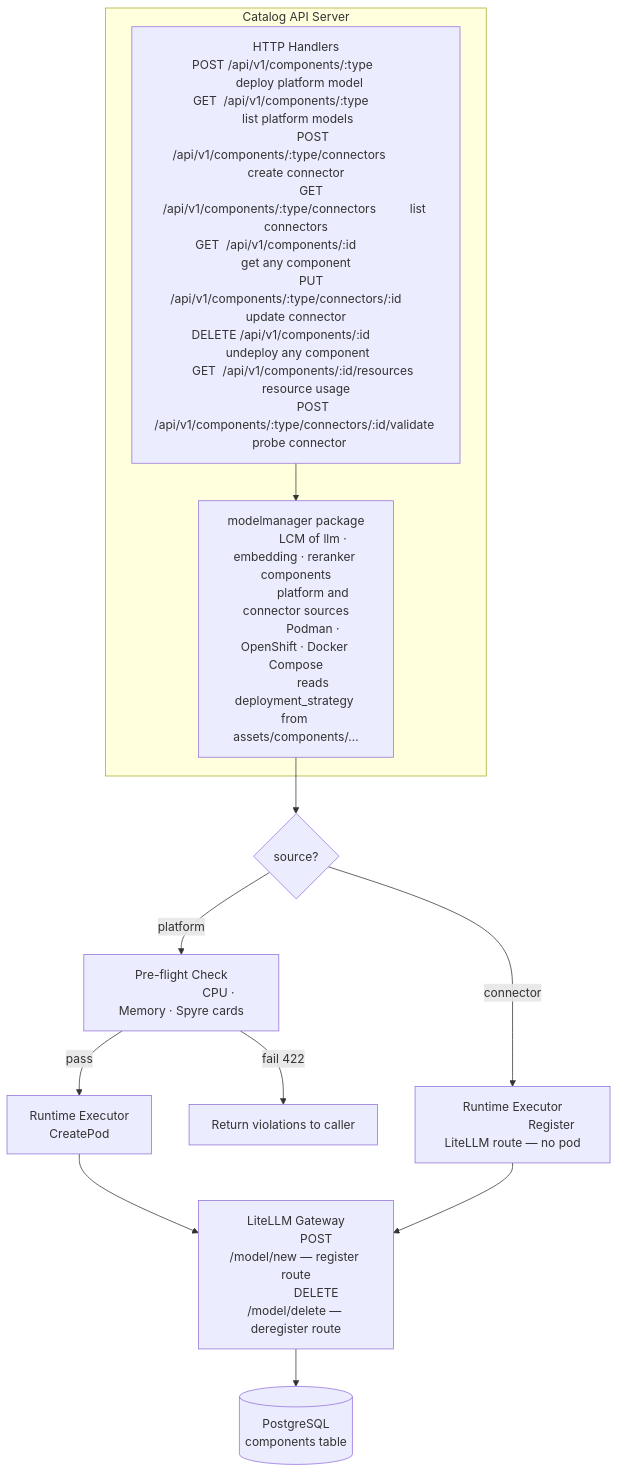
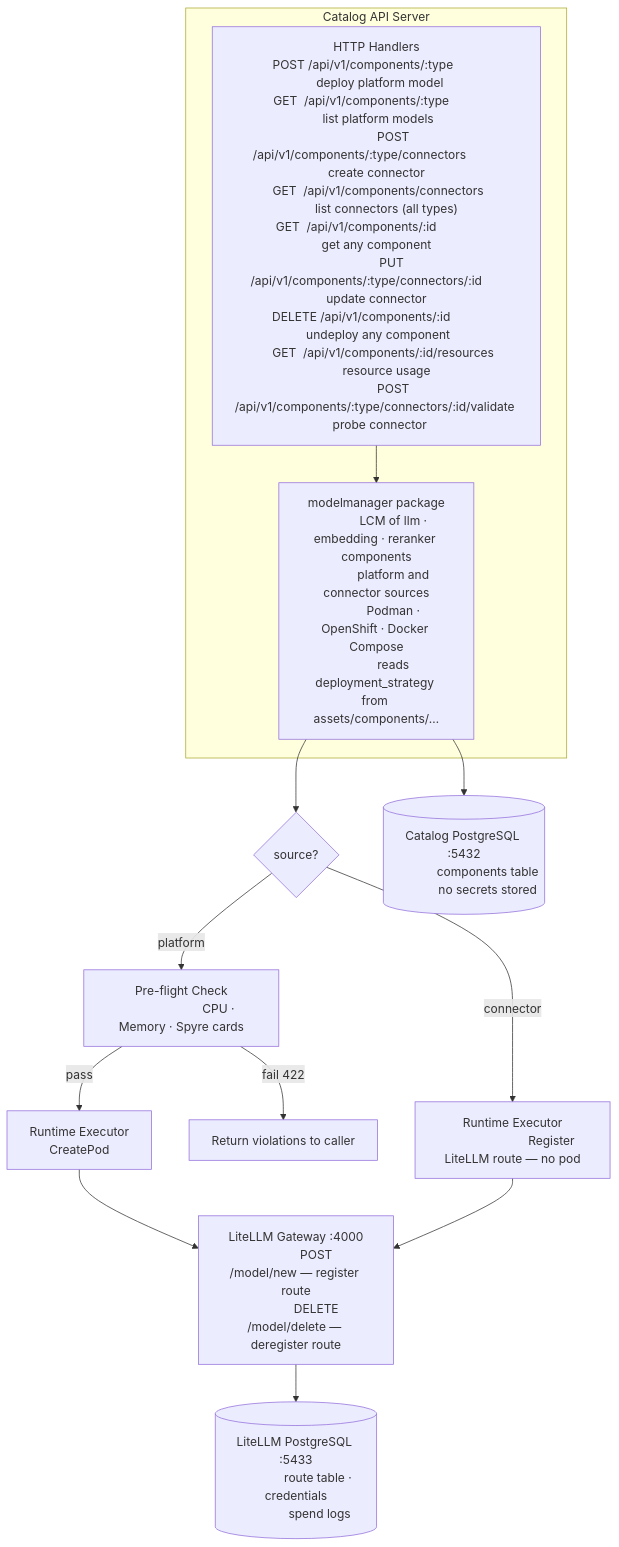
One commit to IBM/project-ai-services changed the first of 3 diagrams in docs/proposals/catalog/model-management-proposal.md. Above: the diagram before and after it, drawn with Mermaid. The commit also changed other lines of this file, not shown here.

Commit message:
LiteLLM DB integration

````diff
--- a/docs/proposals/catalog/model-management-proposal.md
+++ b/docs/proposals/catalog/model-management-proposal.md
@@ -100,42 +100,47 @@
 ```mermaid
 flowchart TD
     subgraph CatalogAPI["Catalog API Server"]
         A["HTTP Handlers
            POST /api/v1/components/:type                     deploy platform model
            GET  /api/v1/components/:type                     list platform models
            POST /api/v1/components/:type/connectors          create connector
-           GET  /api/v1/components/:type/connectors          list connectors
+           GET  /api/v1/components/connectors                list connectors (all types)
            GET  /api/v1/components/:id                       get any component
            PUT  /api/v1/components/:type/connectors/:id      update connector
            DELETE /api/v1/components/:id                     undeploy any component
            GET  /api/v1/components/:id/resources             resource usage
            POST /api/v1/components/:type/connectors/:id/validate   probe connector"]
 
         B["modelmanager package
            LCM of llm · embedding · reranker components
            platform and connector sources
            Podman · OpenShift · Docker Compose
            reads deployment_strategy from assets/components/…"]
 
         A --> B
     end
 
     B --> C{"source?"}
 
     C -->|platform| D["Pre-flight Check
                        CPU · Memory · Spyre cards"]
     D -->|pass| E["Runtime Executor
                    CreatePod"]
     D -->|fail 422| F["Return violations to caller"]
 
     C -->|connector| G["Runtime Executor
                         Register LiteLLM route — no pod"]
 
-    E --> H["LiteLLM Gateway
+    E --> H["LiteLLM Gateway :4000
              POST /model/new — register route
              DELETE /model/delete — deregister route"]
     G --> H
 
-    H --> I[("PostgreSQL
-              components table")]
+    H --> I[("LiteLLM PostgreSQL :5433
+              route table · credentials
+              spend logs")]
+
+    B --> J[("Catalog PostgreSQL :5432
+              components table
+              no secrets stored")]
 ```
````
